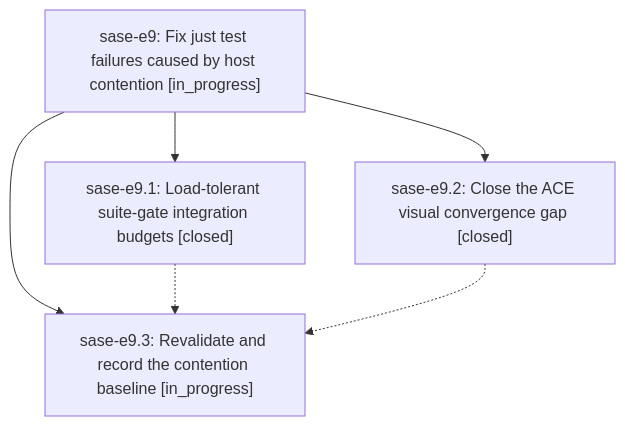
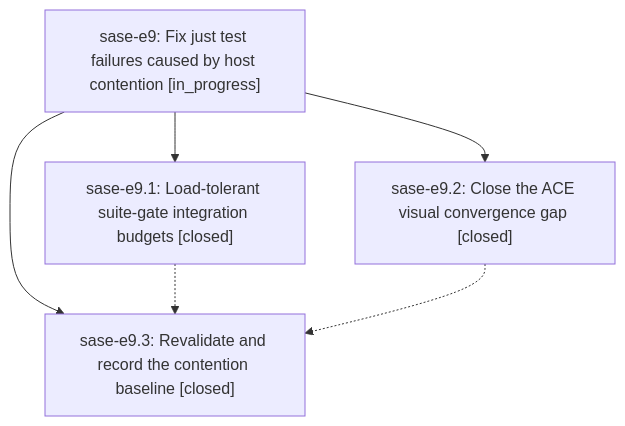
Before and after one commit to sase-org/sase--beads: the diagram in pages/sase-e9/README.md, drawn with Mermaid. The commit also changed other lines of this file and 3 other files, not shown here.

````diff
--- a/pages/sase-e9/README.md
+++ b/pages/sase-e9/README.md
@@ -24,12 +28,12 @@
 ```mermaid
 flowchart TD
     n0["sase-e9: Fix just test failures caused by host contention [in_progress]"]
     n1["sase-e9.1: Load-tolerant suite-gate integration budgets [closed]"]
     n2["sase-e9.2: Close the ACE visual convergence gap [closed]"]
-    n3["sase-e9.3: Revalidate and record the contention baseline [in_progress]"]
+    n3["sase-e9.3: Revalidate and record the contention baseline [closed]"]
     n0 --> n1
     n0 --> n2
     n0 --> n3
     n1 -.-> n3
     n2 -.-> n3
 ```
````
